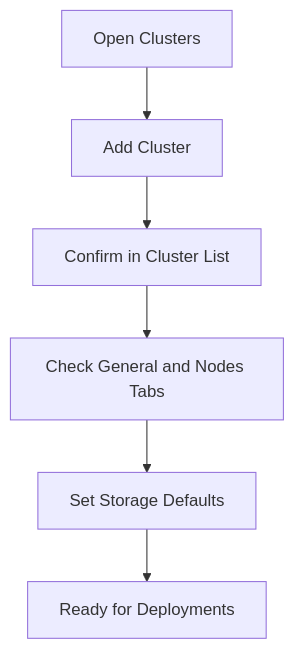
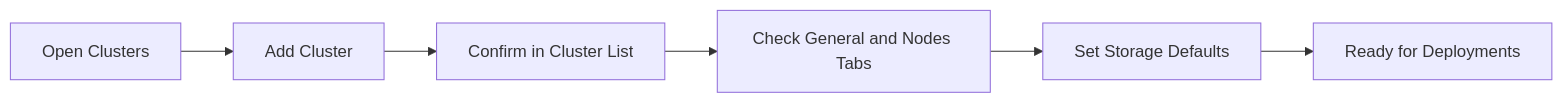
Before and after one commit to BudEcosystem/bud-runtime: the diagram in docs/clusters/quickstart.mdx, drawn with Mermaid.

Commit message:
Update quickstart flowchart direction

````diff
--- a/docs/clusters/quickstart.mdx
+++ b/docs/clusters/quickstart.mdx
@@ -50,8 +50,8 @@
 ```mermaid
-flowchart TD
+flowchart LR
     A[Open Clusters] --> B[Add Cluster]
     B --> C[Confirm in Cluster List]
     C --> D[Check General and Nodes Tabs]
     D --> E[Set Storage Defaults]
     E --> F[Ready for Deployments]
 ```
````
